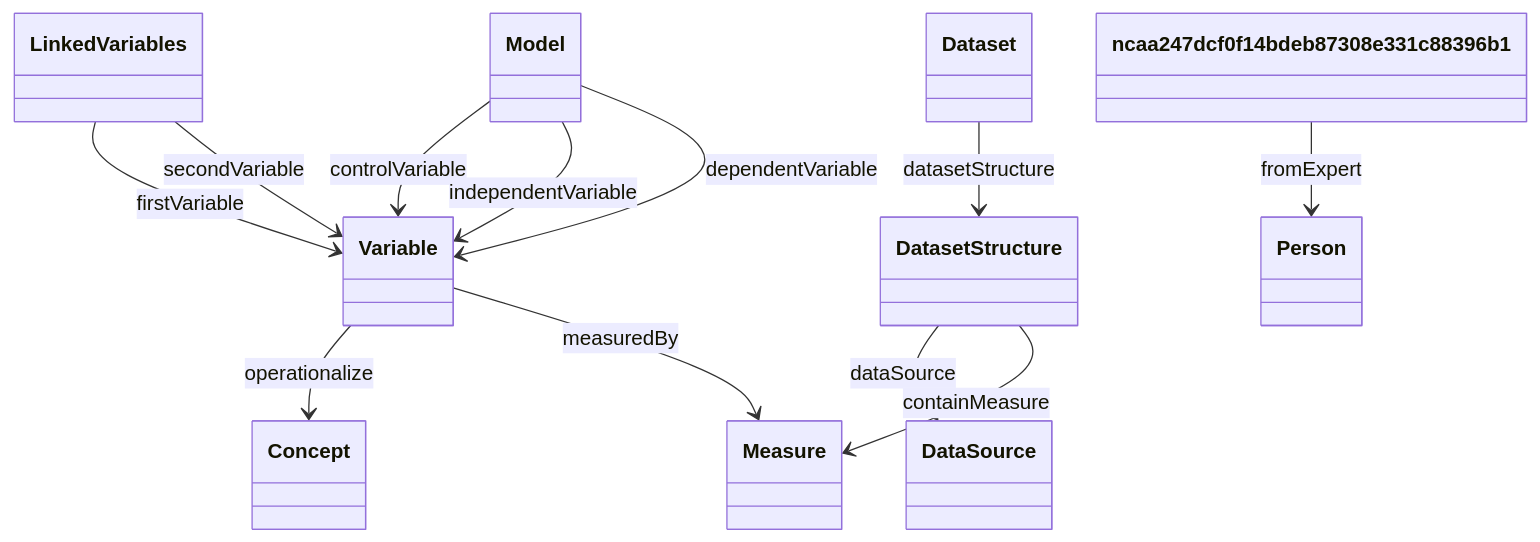
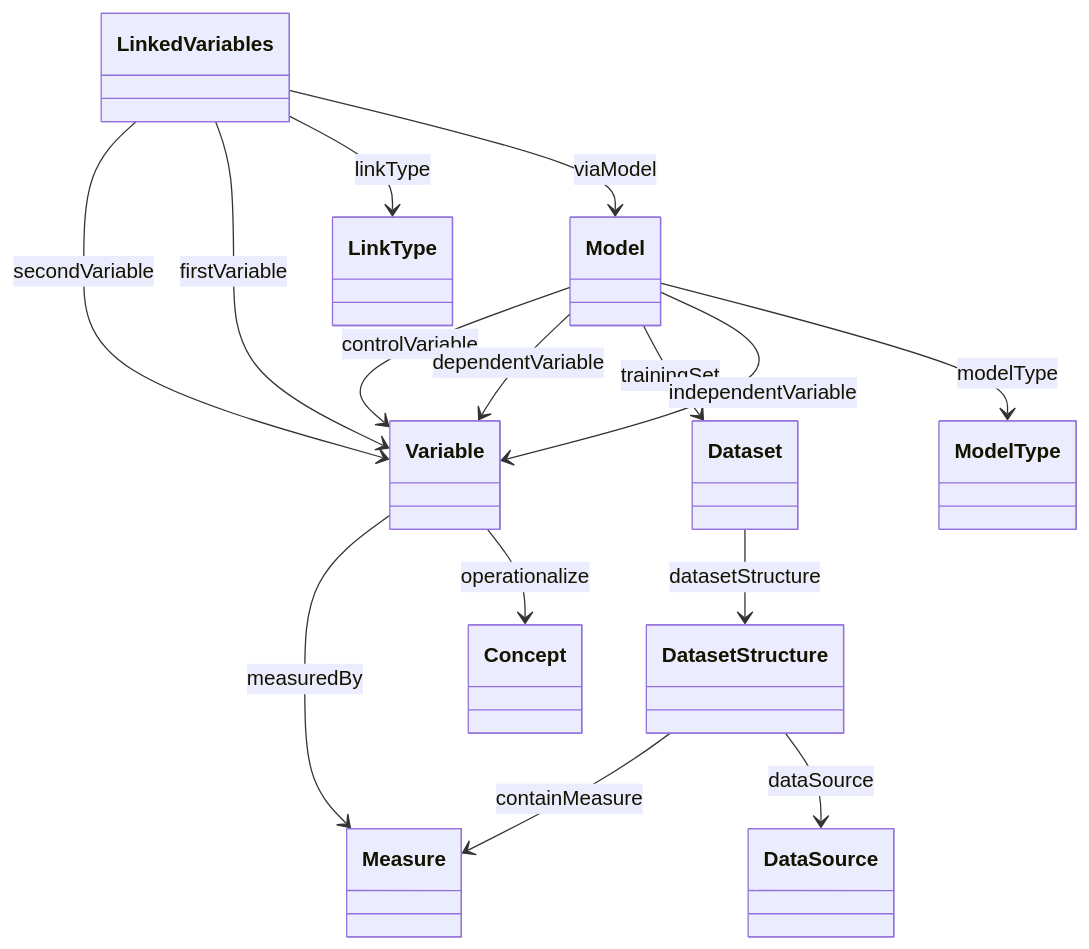
The diagram in output/ieswc_freq/rvo.ttl-freq-5.md (oeg-upm/Devos), drawn with Mermaid before and after one commit. The commit also changed 315 other files, not shown here.

````diff
--- a/output/ieswc_freq/rvo.ttl-freq-5.md
+++ b/output/ieswc_freq/rvo.ttl-freq-5.md
@@ -1,49 +1,55 @@
 ```mermaid
 	classDiagram
 
     
     class Variable {
     
     }
 
-    class Measure {
+    class Model {
     
     }
 
-    class DataSource {
+    class LinkedVariables {
     
     }
 
     class DatasetStructure {
     
     }
 
-    class Person {
+    class Dataset {
     
     }
 
 
 
-Variable  --> Concept   :operationalize  
+LinkedVariables  --> Variable   :secondVariable  
+
+Model  --> Variable   :controlVariable  
+
+Model  --> Variable   :dependentVariable  
+
+LinkedVariables  --> Variable   :firstVariable  
+
+LinkedVariables  --> LinkType   :linkType  
+
+Variable  --> Measure   :measuredBy  
+
+LinkedVariables  --> Model   :viaModel  
+
+Model  --> Dataset   :trainingSet  
+
+DatasetStructure  --> Measure   :containMeasure  
 
 DatasetStructure  --> DataSource   :dataSource  
 
-LinkedVariables  --> Variable   :firstVariable  
-
-Model  --> Variable   :controlVariable  
-
 Model  --> Variable   :independentVariable  
-
-LinkedVariables  --> Variable   :secondVariable  
-
-Model  --> Variable   :dependentVariable  
 
 Dataset  --> DatasetStructure   :datasetStructure  
 
-DatasetStructure  --> Measure   :containMeasure  
+Variable  --> Concept   :operationalize  
 
-ncaa247dcf0f14bdeb87308e331c88396b1  --> Person   :fromExpert  
-
-Variable  --> Measure   :measuredBy  
+Model  --> ModelType   :modelType  
 
 ```
````
